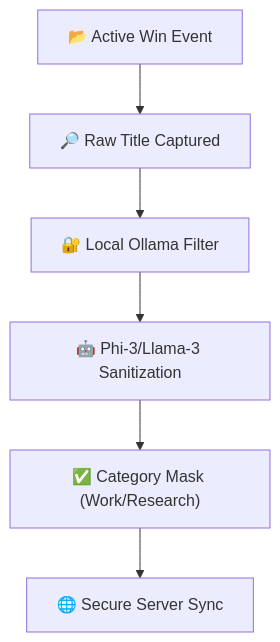
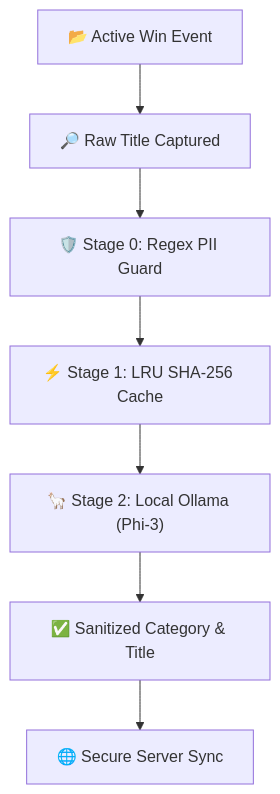
Before and after one commit to tawfeeq-bahur/EndoCore-Workspace: the second of 10 diagrams in README.md, drawn with Mermaid. The commit also changed other lines of this file and 71 other files, not shown here.

````diff
--- a/README.md
+++ b/README.md
@@ -58,8 +59,9 @@
 ```mermaid
 graph TD
     A["📂 Active Win Event"] --> B["🔎 Raw Title Captured"]
-    B --> C["🔐 Local Ollama Filter"]
-    C --> D["🤖 Phi-3/Llama-3 Sanitization"]
-    D --> E["✅ Category Mask (Work/Research)"]
-    E --> F["🌐 Secure Server Sync"]
+    B --> C["🛡️ Stage 0: Regex PII Guard"]
+    C --> D["⚡ Stage 1: LRU SHA-256 Cache"]
+    D --> E["🦙 Stage 2: Local Ollama (Phi-3)"]
+    E --> F["✅ Sanitized Category & Title"]
+    F --> G["🌐 Secure Server Sync"]
 ```
````
